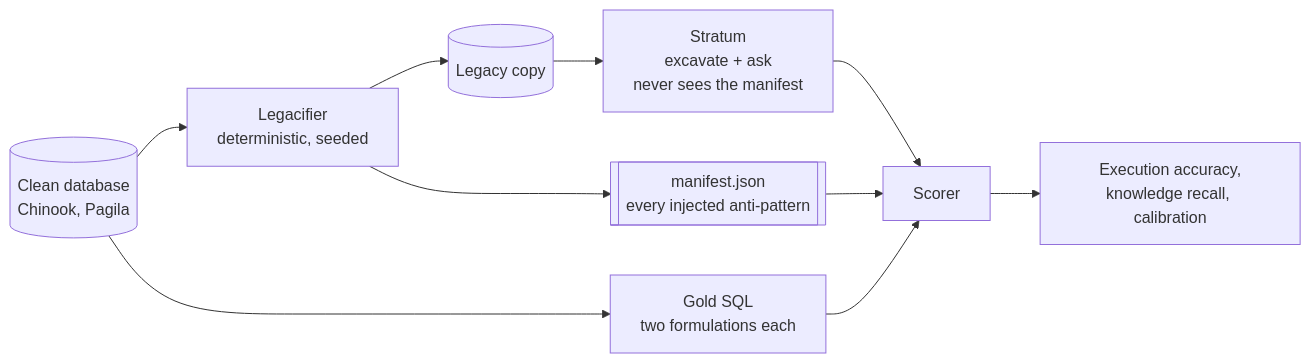
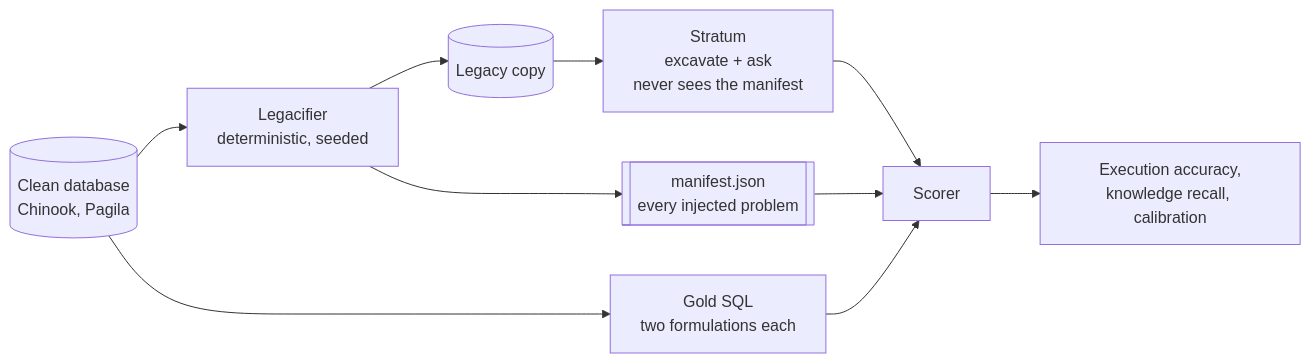
The sixth of 7 diagrams in README.md (waleed-w-maqbool-m/stratum), drawn with Mermaid before and after one commit. The commit also changed other lines of this file and 4 other files, not shown here.

````diff
--- a/README.md
+++ b/README.md
@@ -222,14 +215,14 @@
 ```mermaid
 flowchart LR
     clean[("Clean database<br/>Chinook, Pagila")] --> leg["Legacifier<br/>deterministic, seeded"]
     leg --> messy[("Legacy copy")]
-    leg --> manifest[["manifest.json<br/>every injected anti-pattern"]]
+    leg --> manifest[["manifest.json<br/>every injected problem"]]
     clean --> gold["Gold SQL<br/>two formulations each"]
 
     messy --> stratum["Stratum<br/>excavate + ask<br/>never sees the manifest"]
     stratum --> scorer["Scorer"]
     gold --> scorer
     manifest --> scorer
 
     scorer --> report["Execution accuracy,<br/>knowledge recall, calibration"]
 ```
````
